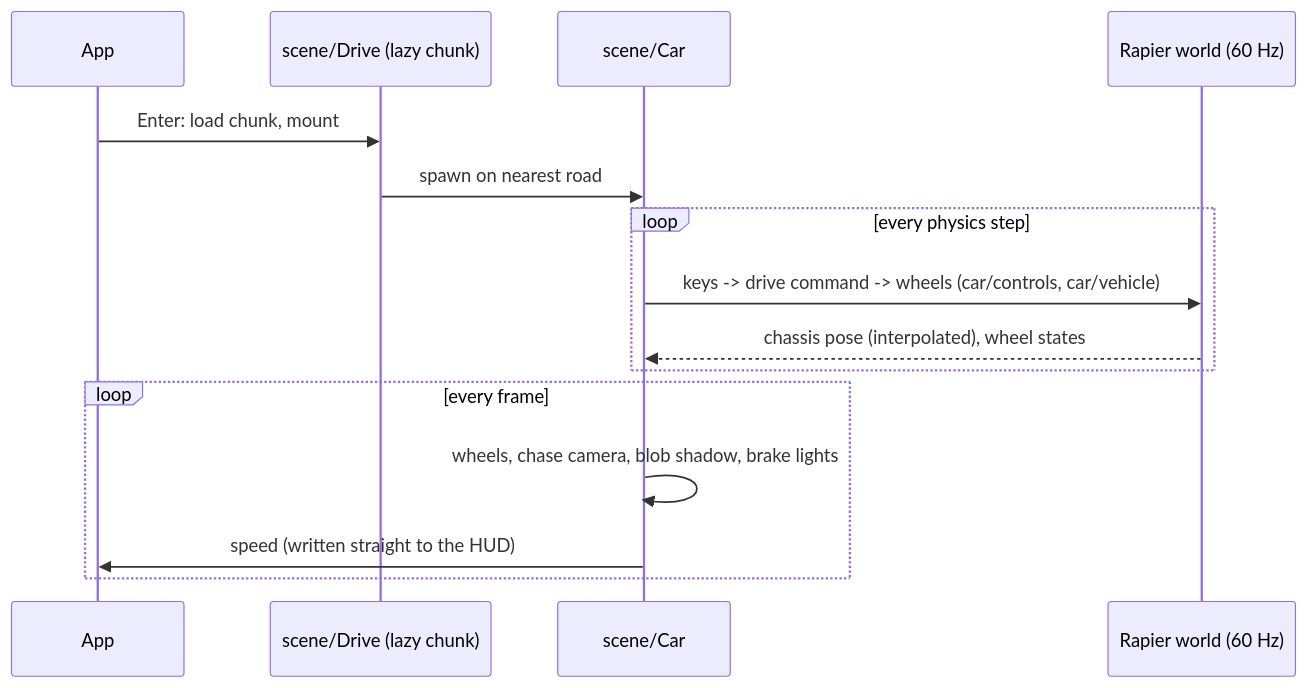
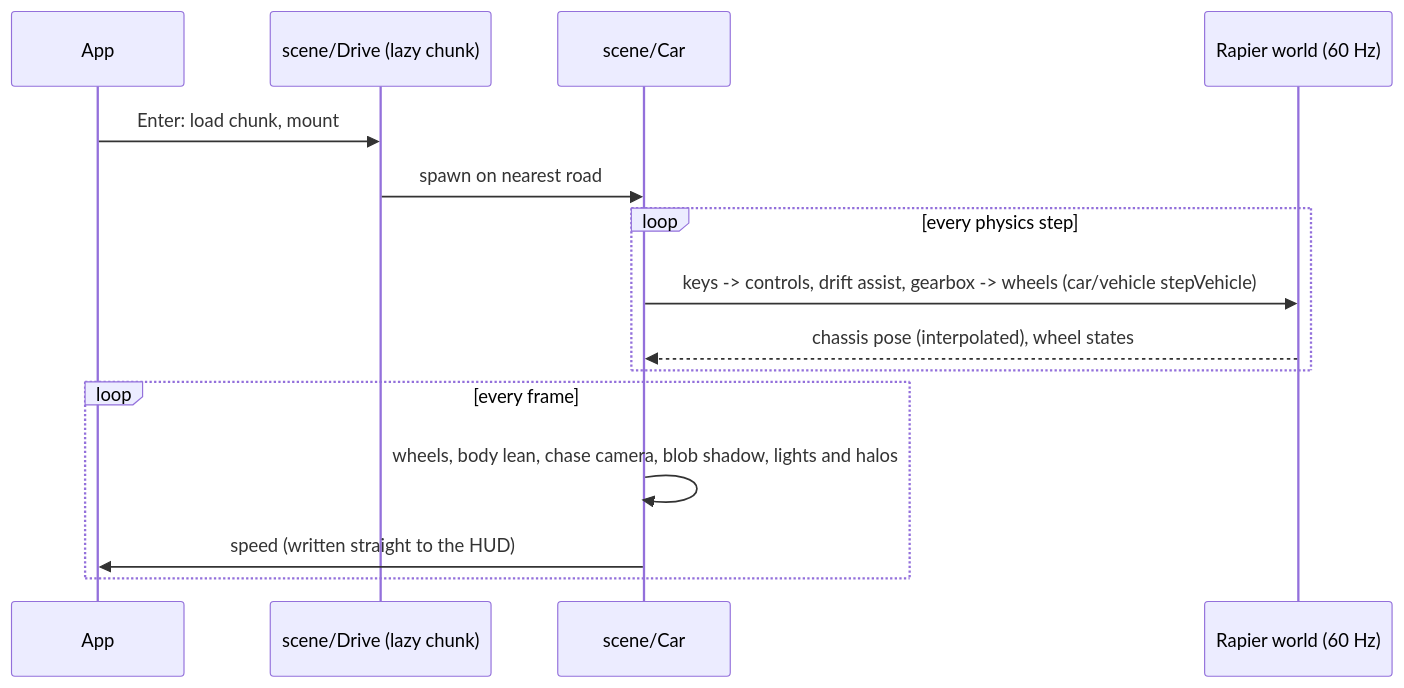
Before and after one commit to ajs0905/drive-thru-mnl: the fourth of 5 diagrams in docs/ARCHITECTURE.md, drawn with Mermaid. The commit also changed other lines of this file and 19 other files, not shown here.

Commit message:
add drift assist, gear shift kick, body lean, lamp halos and a camera that reacts to acceleration

````diff
--- a/docs/ARCHITECTURE.md
+++ b/docs/ARCHITECTURE.md
@@ -185,17 +186,17 @@
 ```mermaid
 sequenceDiagram
   participant App
   participant Drive as scene/Drive (lazy chunk)
   participant Car as scene/Car
   participant Rapier as Rapier world (60 Hz)
   App->>Drive: Enter: load chunk, mount
   Drive->>Car: spawn on nearest road
   loop every physics step
-    Car->>Rapier: keys -> drive command -> wheels (car/controls, car/vehicle)
+    Car->>Rapier: keys -> controls, drift assist, gearbox -> wheels (car/vehicle stepVehicle)
     Rapier-->>Car: chassis pose (interpolated), wheel states
   end
   loop every frame
-    Car->>Car: wheels, chase camera, blob shadow, brake lights
+    Car->>Car: wheels, body lean, chase camera, blob shadow, lights and halos
     Car->>App: speed (written straight to the HUD)
   end
 ```
````
